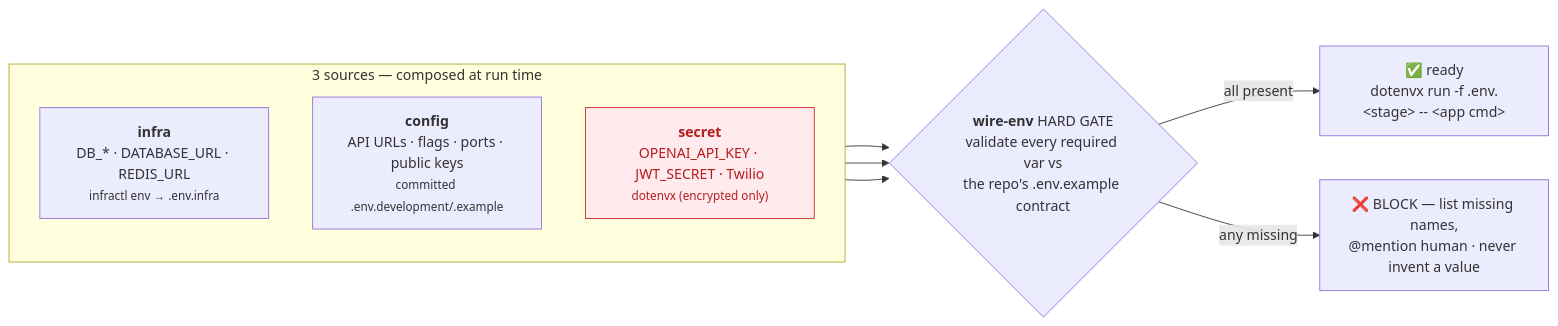
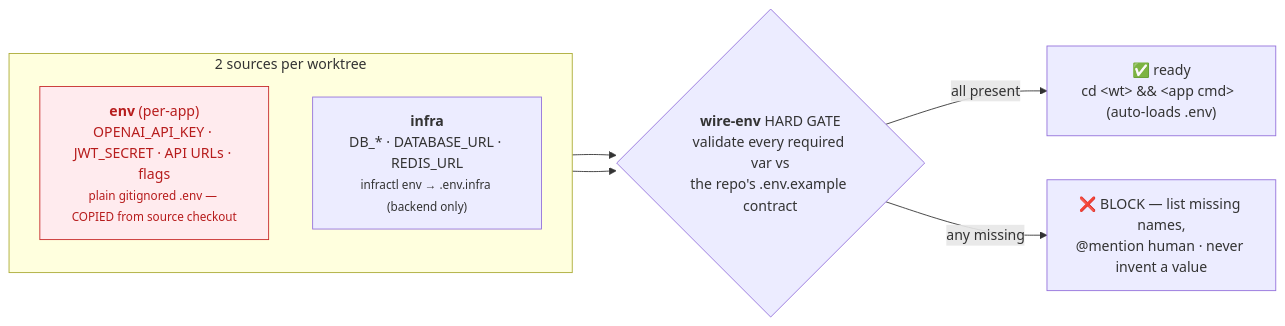
Before and after one commit to nphattai/setup: the second of 3 diagrams in multica/docs/design/env-and-execution-flow.md, drawn with Mermaid. The commit also changed other lines of this file and 19 other files, not shown here.

First line of the commit message:
refactor(multica): replace dotenvx with conductor copy-flow for worktree env

````diff
--- a/multica/docs/design/env-and-execution-flow.md
+++ b/multica/docs/design/env-and-execution-flow.md
@@ -44,20 +43,18 @@
 ```mermaid
 flowchart LR
-    subgraph SRC["3 sources — composed at run time"]
+    subgraph SRC["2 sources per worktree"]
         direction TB
-        I["<b>infra</b><br/>DB_* · DATABASE_URL · REDIS_URL<br/><small>infractl env → .env.infra</small>"]
-        C["<b>config</b><br/>API URLs · flags · ports · public keys<br/><small>committed .env.development/.example</small>"]
-        S["<b>secret</b><br/>OPENAI_API_KEY · JWT_SECRET · Twilio<br/><small>dotenvx (encrypted only)</small>"]
+        E["<b>env</b> (per-app)<br/>OPENAI_API_KEY · JWT_SECRET · API URLs · flags<br/><small>plain gitignored .env — COPIED from source checkout</small>"]
+        I["<b>infra</b><br/>DB_* · DATABASE_URL · REDIS_URL<br/><small>infractl env → .env.infra (backend only)</small>"]
     end
     GATE{"<b>wire-env</b> HARD GATE<br/>validate every required var vs<br/>the repo's .env.example contract"}
-    OK["✅ ready<br/>dotenvx run -f .env.&lt;stage&gt; -- &lt;app cmd&gt;"]
+    OK["✅ ready<br/>cd &lt;wt&gt; &amp;&amp; &lt;app cmd&gt;  (auto-loads .env)"]
     BLOCK["❌ BLOCK — list missing names,<br/>@mention human · never invent a value"]
+    E --> GATE
     I --> GATE
-    C --> GATE
-    S --> GATE
     GATE -- "all present" --> OK
     GATE -- "any missing" --> BLOCK
 
     classDef secret fill:#ffebee,stroke:#c62828,color:#b71c1c;
-    class S secret;
+    class E secret;
 ```
````
